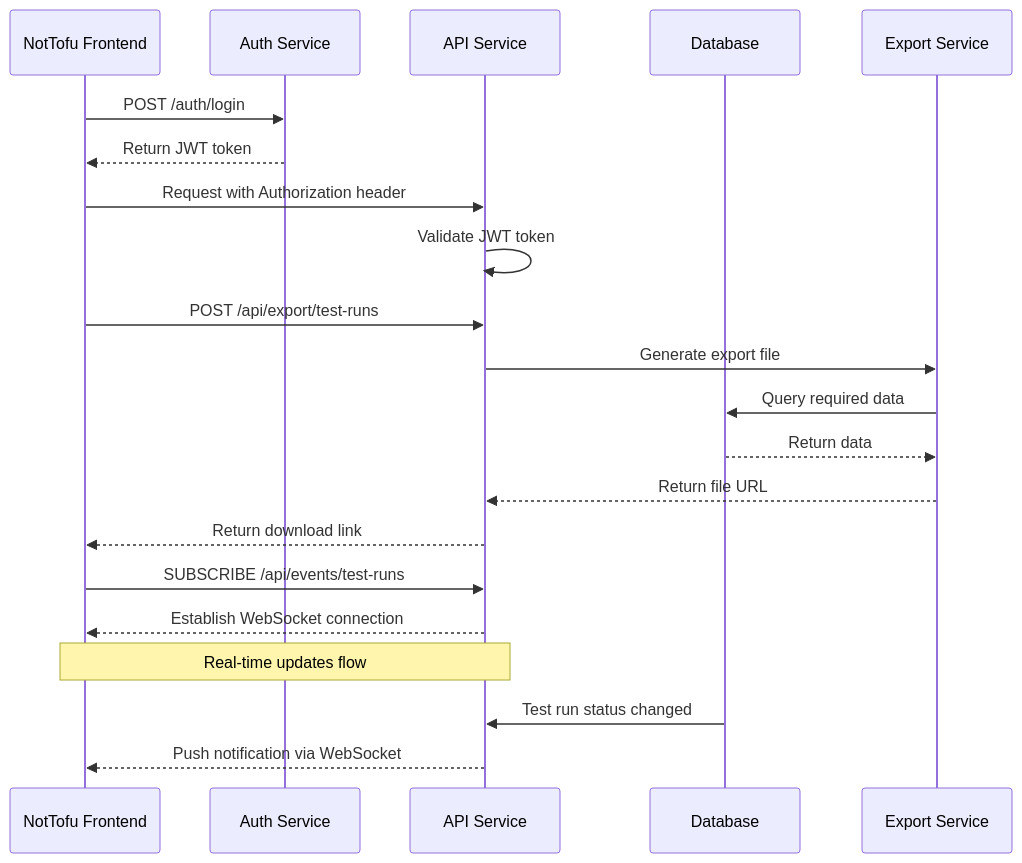
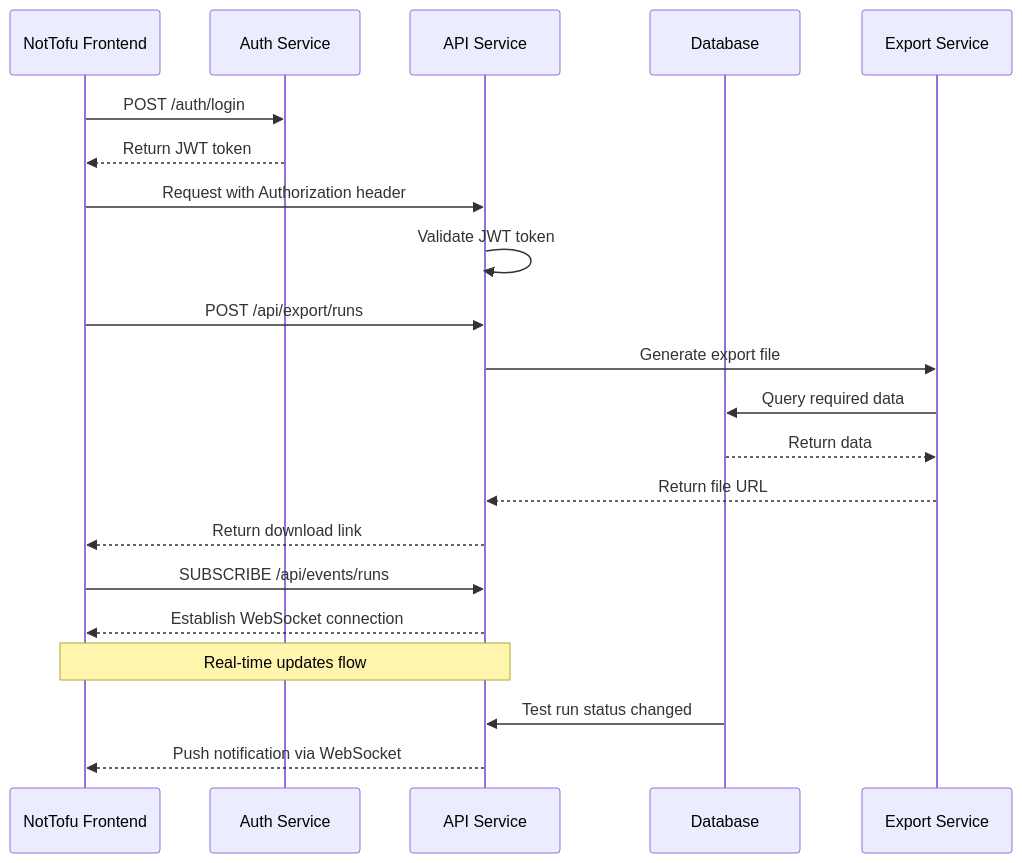
One commit to mvalancy-mt/NotTofu changed the third of 3 diagrams in docs/api/api_flow.md. Above: the diagram before and after it, drawn with Mermaid. The commit also changed other lines of this file and 64 other files, not shown here.

````diff
--- a/docs/api/api_flow.md
+++ b/docs/api/api_flow.md
@@ -142,29 +221,29 @@
 ```mermaid
 sequenceDiagram
     participant Client as NotTofu Frontend
     participant Auth as Auth Service
     participant API as API Service
     participant DB as Database
     participant Export as Export Service
 
     %% Authentication Flow
     Client->>Auth: POST /auth/login
     Auth-->>Client: Return JWT token
     Client->>API: Request with Authorization header
     API->>API: Validate JWT token
     
     %% Export Flow
-    Client->>API: POST /api/export/test-runs
+    Client->>API: POST /api/export/runs
     API->>Export: Generate export file
     Export->>DB: Query required data
     DB-->>Export: Return data
     Export-->>API: Return file URL
     API-->>Client: Return download link
     
     %% Real-time Updates
-    Client->>API: SUBSCRIBE /api/events/test-runs
+    Client->>API: SUBSCRIBE /api/events/runs
     API-->>Client: Establish WebSocket connection
     Note over API,Client: Real-time updates flow
     DB->>API: Test run status changed
     API-->>Client: Push notification via WebSocket
 ```
````
